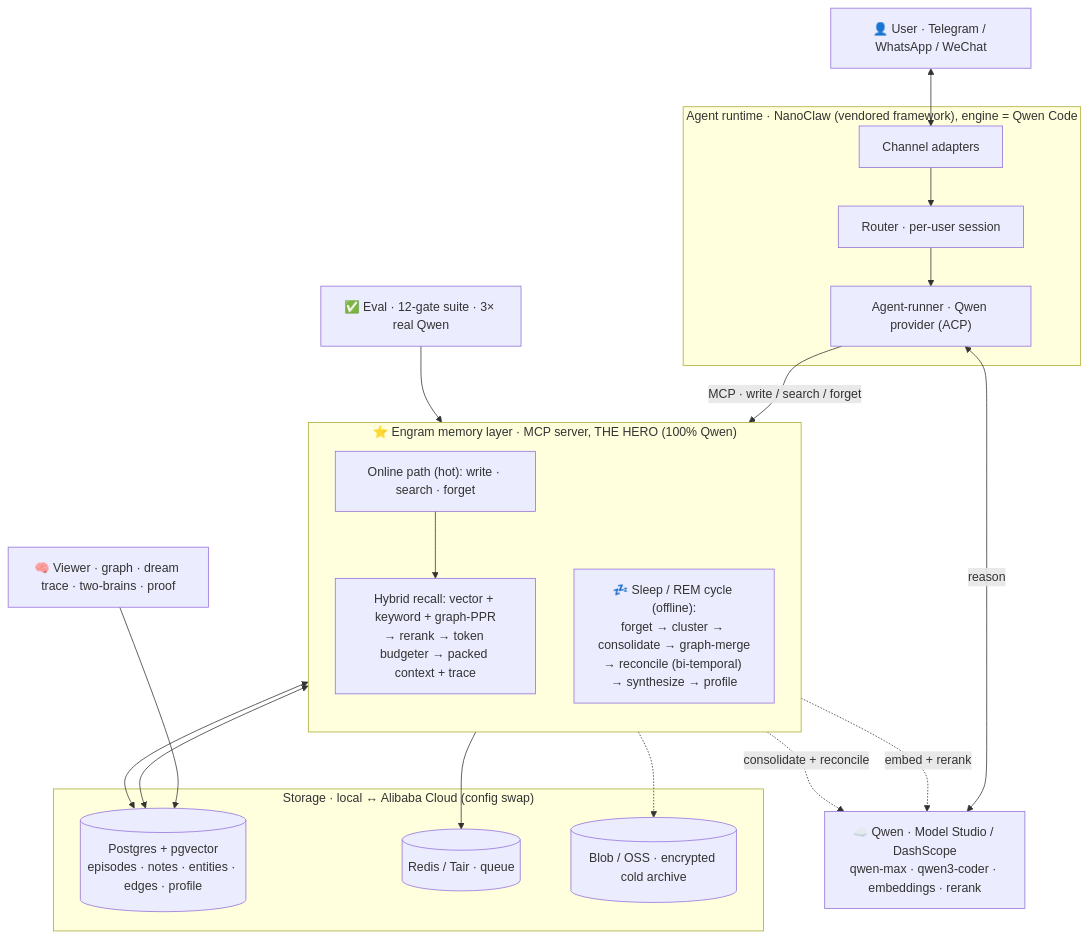
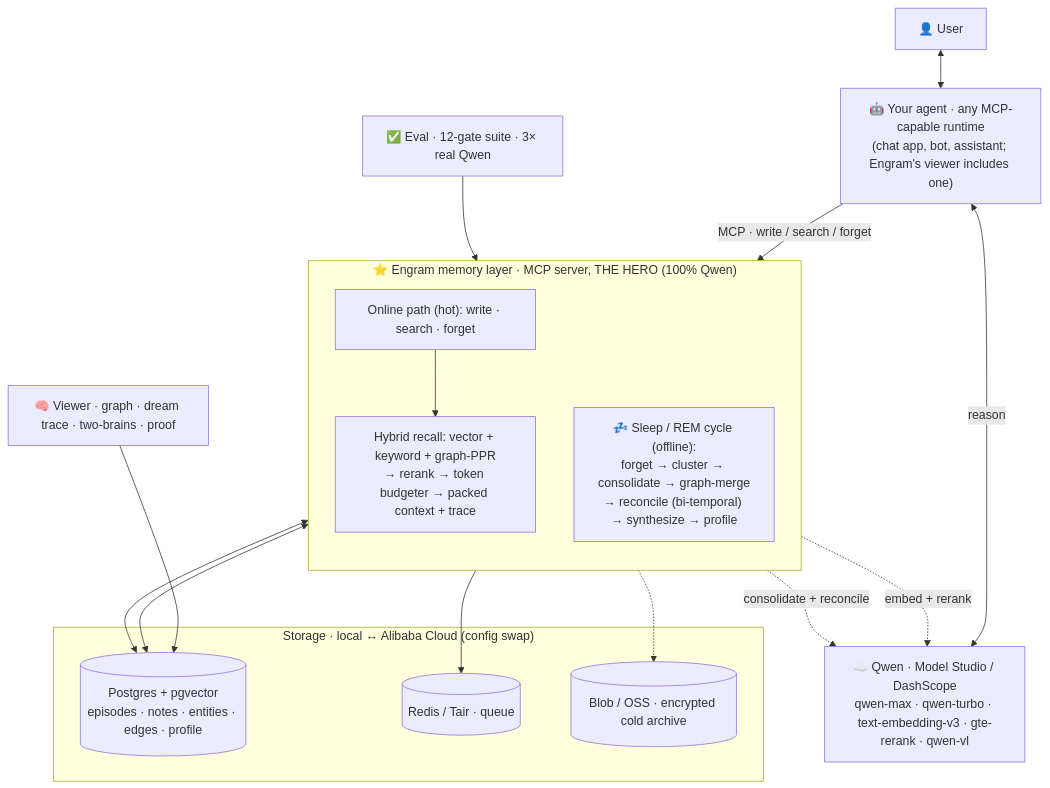
The diagram in README.md (tzechong94/engram), drawn with Mermaid before and after one commit. The commit also changed other lines of this file and 581 other files, not shown here.

````diff
--- a/README.md
+++ b/README.md
@@ -88,39 +86,37 @@
 ```mermaid
 flowchart TB
- User["👤 User · Telegram / WhatsApp / WeChat"]
+ User["👤 User"]
 
- subgraph AGENT["Agent runtime · NanoClaw (vendored framework), engine = Qwen Code"]
- ADAPT["Channel adapters"] --> ROUTER["Router · per-user session"] --> RUNNER["Agent-runner · Qwen provider (ACP)"]
- end
+ AGENT["🤖 Your agent · any MCP-capable runtime<br/>(chat app, bot, assistant; Engram's viewer includes one)"]
 
- QWEN["☁️ Qwen · Model Studio / DashScope<br/>qwen-max · qwen3-coder · embeddings · rerank"]
+ QWEN["☁️ Qwen · Model Studio / DashScope<br/>qwen-max · qwen-turbo · text-embedding-v3 · gte-rerank · qwen-vl"]
 
  subgraph ENGRAM["⭐ Engram memory layer · MCP server, THE HERO (100% Qwen)"]
  direction TB
  ONLINE["Online path (hot): write · search · forget"]
  RECALL["Hybrid recall: vector + keyword + graph-PPR<br/>→ rerank → token budgeter → packed context + trace"]
  SLEEP["💤 Sleep / REM cycle (offline):<br/>forget → cluster → consolidate → graph-merge<br/>→ reconcile (bi-temporal) → synthesize → profile"]
  ONLINE --> RECALL
  end
 
  subgraph STORE["Storage · local ↔ Alibaba Cloud (config swap)"]
  PG[("Postgres + pgvector<br/>episodes · notes · entities · edges · profile")]
  REDIS[("Redis / Tair · queue")]
  BLOB[("Blob / OSS · encrypted cold archive")]
  end
 
  VIEWER["🧠 Viewer · graph · dream trace · two-brains · proof"]
  EVAL["✅ Eval · 12-gate suite · 3× real Qwen"]
 
- User <--> ADAPT
- RUNNER <-->|reason| QWEN
- RUNNER -->|"MCP · write / search / forget"| ONLINE
+ User <--> AGENT
+ AGENT <-->|reason| QWEN
+ AGENT -->|"MCP · write / search / forget"| ONLINE
  ONLINE <--> PG
  RECALL -. embed + rerank .-> QWEN
  SLEEP <--> PG
  SLEEP -. consolidate + reconcile .-> QWEN
  ONLINE -.-> BLOB
  ONLINE --> REDIS
  VIEWER --> PG
  EVAL --> ENGRAM
 ```
````
